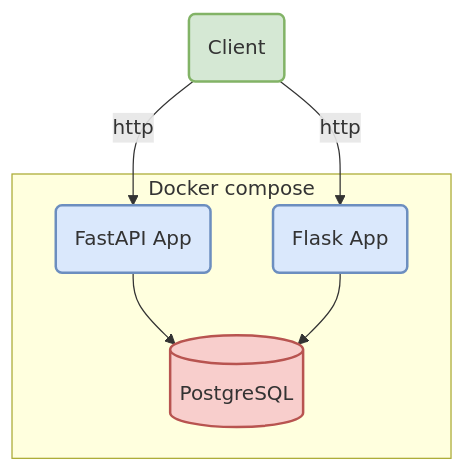
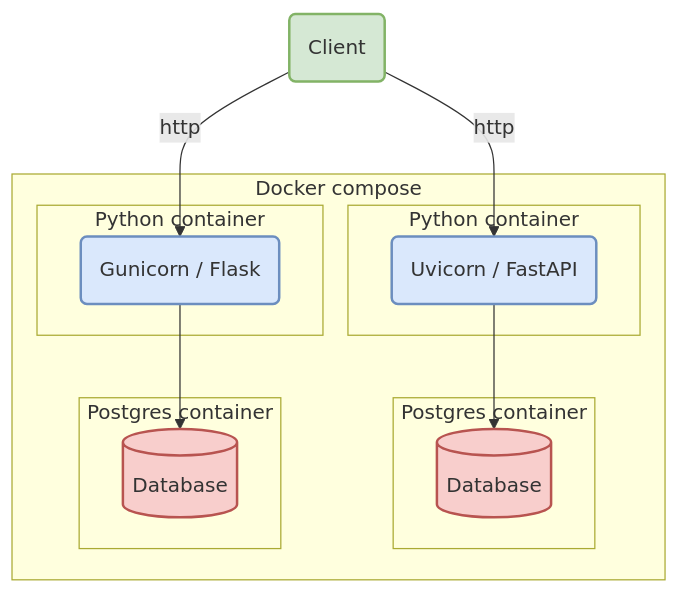
One commit to matthew-shaw/fastapi-vs-flask changed the diagram in README.md. Above: the diagram before and after it, drawn with Mermaid.

Commit message:
update design

````diff
--- a/README.md
+++ b/README.md
@@ -15,15 +15,29 @@
 ```mermaid
 flowchart TB
     client(Client):::C
     subgraph Docker compose
-        app1(FastAPI App):::A
-        app2(Flask App):::A
-        db[(PostgreSQL)]:::D
+        subgraph Python container
+            app1(Uvicorn / FastAPI):::A
+        end
+
+        subgraph Python container
+            app2(Gunicorn / Flask):::A
+        end
+        
+        subgraph Postgres container
+            db1[(Database)]:::D
+        end
+        
+        subgraph Postgres container
+            db2[(Database)]:::D
+        end
     end
 
-    client -- http --> app1 & app2 --> db
+    client -- http --> app1 & app2
+    app1 --> db1
+    app2 --> db2
 
     classDef A fill:#DAE8FC,stroke:#6C8EBF,stroke-width:2px
     classDef D fill:#F8CECC,stroke:#B85450,stroke-width:2px
     classDef C fill:#D5E8D4,stroke:#82B366,stroke-width:2px
 ```
````
